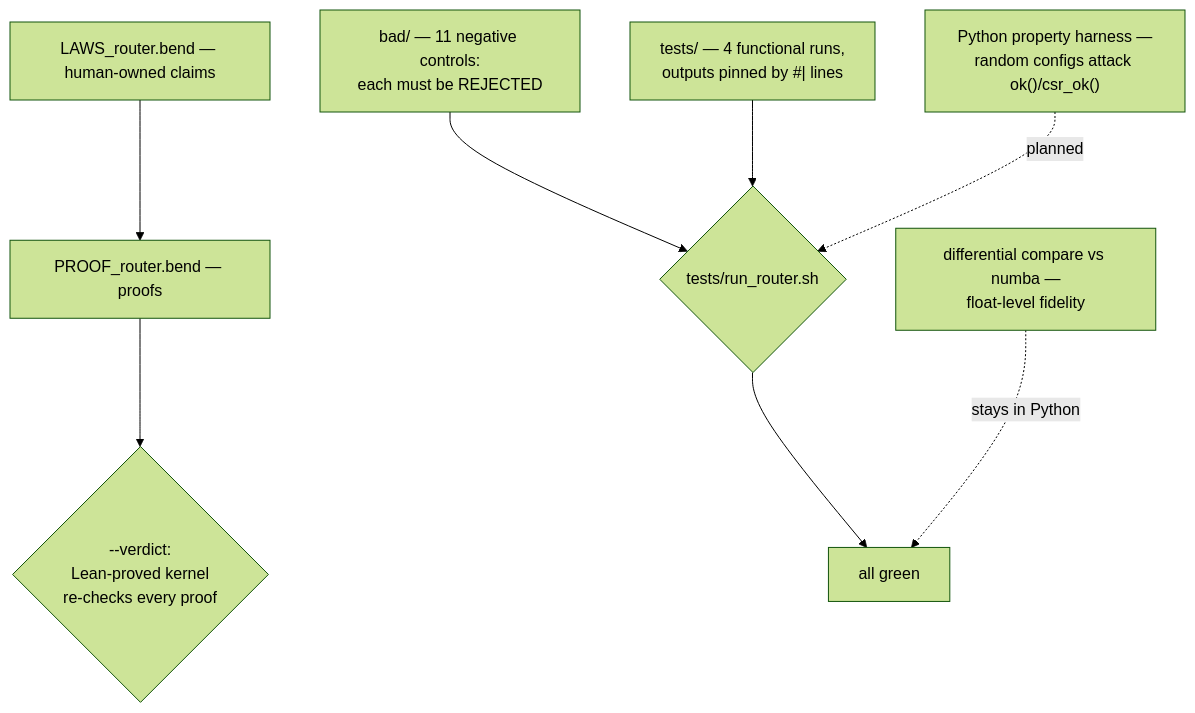
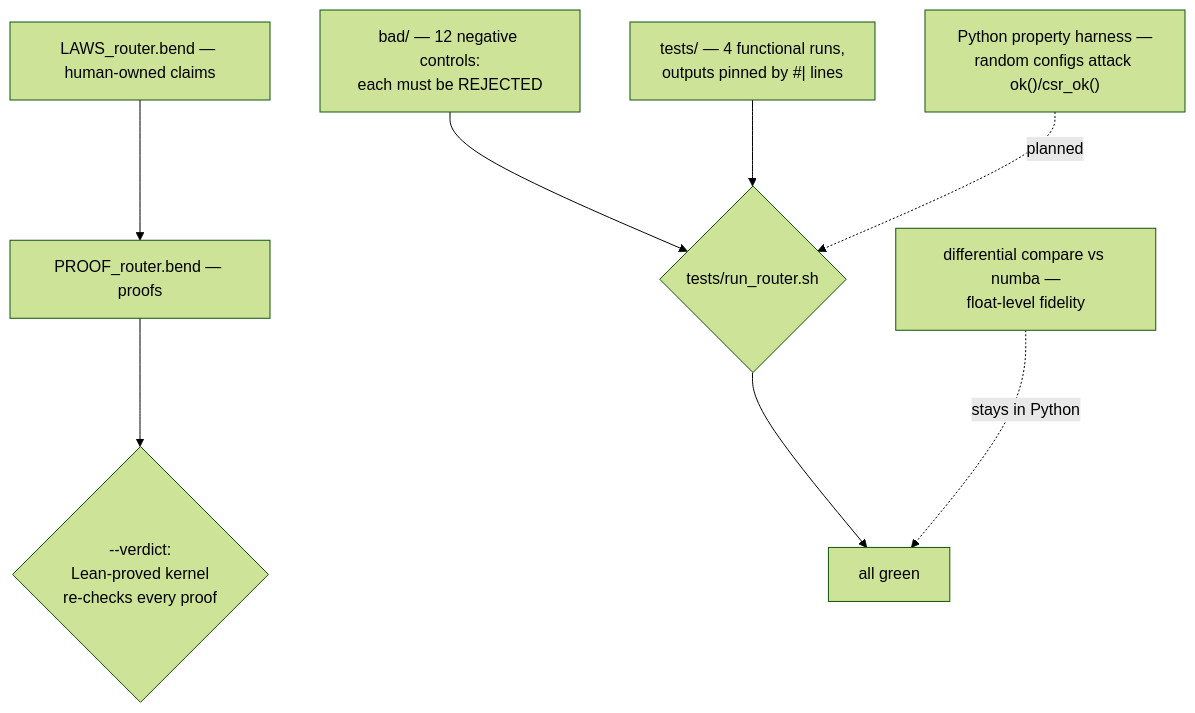
The seventh of 7 diagrams in tvb_library/tvb/simulator/backend/bend_hybrid/ROUTER_EXPLAINER.md (maedoc/tvb), drawn with Mermaid (forest theme) before and after one commit. The commit also changed other lines of this file and 6 other files, not shown here.

````diff
--- a/tvb_library/tvb/simulator/backend/bend_hybrid/ROUTER_EXPLAINER.md
+++ b/tvb_library/tvb/simulator/backend/bend_hybrid/ROUTER_EXPLAINER.md
@@ -320,10 +322,10 @@
 ```mermaid
 flowchart TD
     LAWS["LAWS_router.bend — human-owned claims"] --> PROOF["PROOF_router.bend — proofs"]
     PROOF --> VDT{"--verdict:<br/>Lean-proved kernel<br/>re-checks every proof"}
-    BAD["bad/ — 11 negative controls:<br/>each must be REJECTED"] --> GATE
+    BAD["bad/ — 12 negative controls:<br/>each must be REJECTED"] --> GATE
     TESTS["tests/ — 4 functional runs,<br/>outputs pinned by #| lines"] --> GATE
     GATE{"tests/run_router.sh"} --> OK["all green"]
     PROP["Python property harness —<br/>random configs attack ok()/csr_ok()"] -. planned .-> GATE
     DIFF["differential compare vs numba —<br/>float-level fidelity"] -. stays in Python .-> OK
 ```
````
